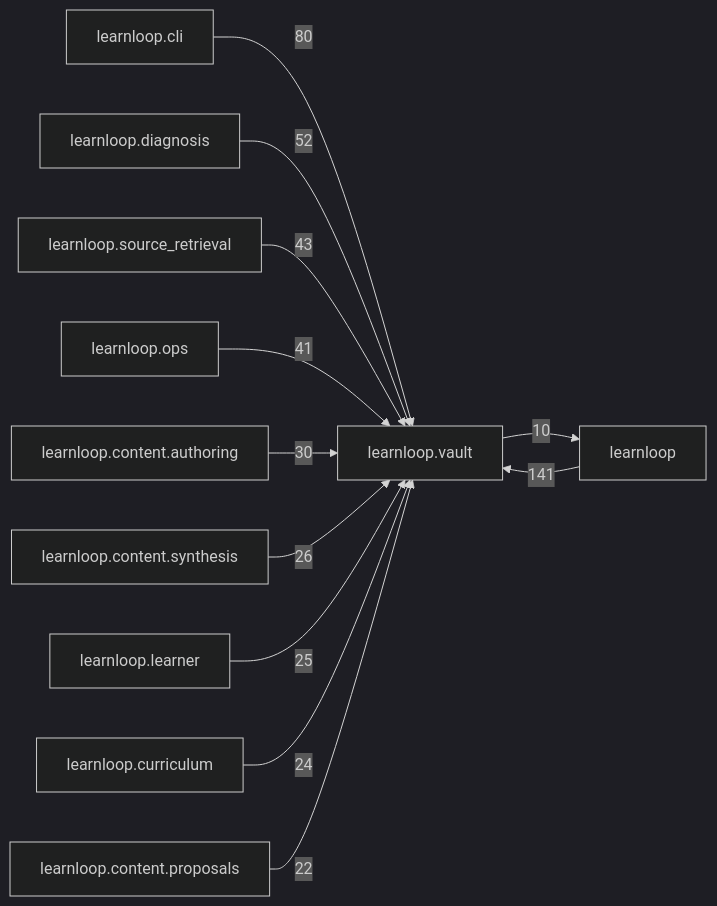
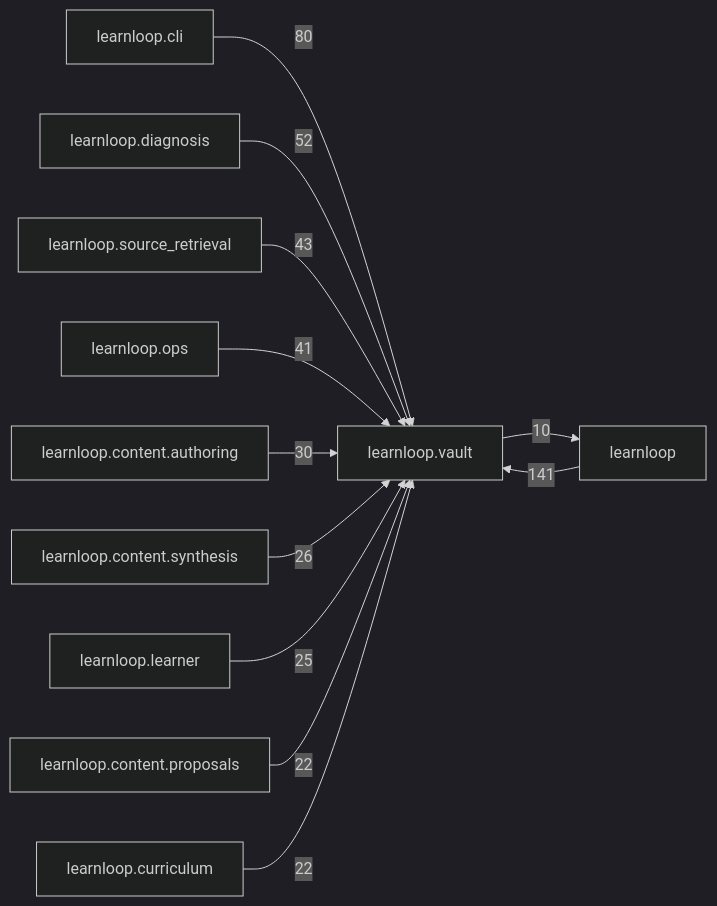
Before and after one commit to 6up-b/learnanything: the diagram in docs/learnloop-architecture-vault/Reference/Modules/learnloop/vault/_package.md, drawn with Mermaid (dark theme). The commit also changed other lines of this file and 154 other files, not shown here.

````diff
--- a/docs/learnloop-architecture-vault/Reference/Modules/learnloop/vault/_package.md
+++ b/docs/learnloop-architecture-vault/Reference/Modules/learnloop/vault/_package.md
@@ -137,25 +137,25 @@
 ```mermaid
 flowchart LR
     center["learnloop.vault"]
     n_learnloop["learnloop"]
     n_learnloop_cli["learnloop.cli"]
     n_learnloop_diagnosis["learnloop.diagnosis"]
     n_learnloop_source_retrieval["learnloop.source_retrieval"]
     n_learnloop_ops["learnloop.ops"]
     n_learnloop_content_authoring["learnloop.content.authoring"]
     n_learnloop_content_synthesis["learnloop.content.synthesis"]
     n_learnloop_learner["learnloop.learner"]
+    n_learnloop_content_proposals["learnloop.content.proposals"]
     n_learnloop_curriculum["learnloop.curriculum"]
-    n_learnloop_content_proposals["learnloop.content.proposals"]
     n_learnloop -->|141| center
     center -->|10| n_learnloop
     n_learnloop_cli -->|80| center
     n_learnloop_diagnosis -->|52| center
     n_learnloop_source_retrieval -->|43| center
     n_learnloop_ops -->|41| center
     n_learnloop_content_authoring -->|30| center
     n_learnloop_content_synthesis -->|26| center
     n_learnloop_learner -->|25| center
-    n_learnloop_curriculum -->|24| center
     n_learnloop_content_proposals -->|22| center
+    n_learnloop_curriculum -->|22| center
 ```
````
